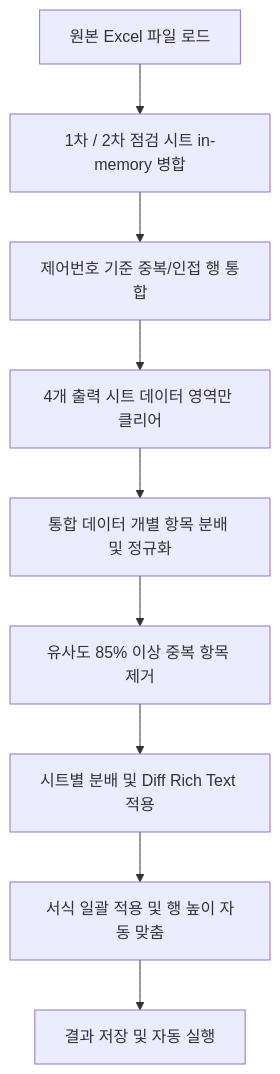
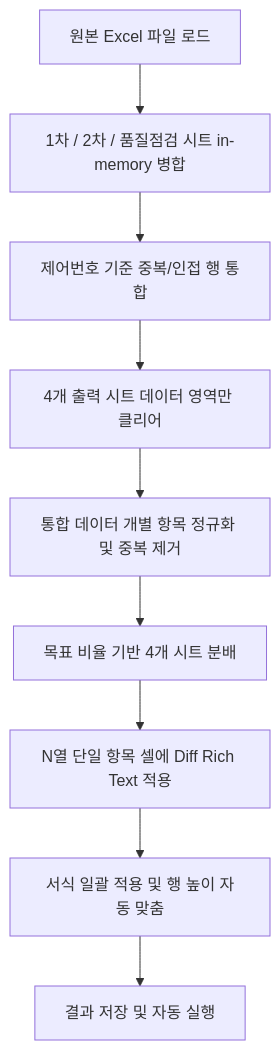
One commit to valborgs/el-hub changed the diagram in error_list_dist/README.md. Above: the diagram before and after it, drawn with Mermaid. The commit also changed other lines of this file and 9 other files, not shown here.

````diff
--- a/error_list_dist/README.md
+++ b/error_list_dist/README.md
@@ -30,11 +32,11 @@
 ```mermaid
 flowchart TD
-    A[원본 Excel 파일 로드] --> B[1차 / 2차 점검 시트 in-memory 병합]
+    A[원본 Excel 파일 로드] --> B[1차 / 2차 / 품질점검 시트 in-memory 병합]
     B --> C[제어번호 기준 중복/인접 행 통합]
     C --> D[4개 출력 시트 데이터 영역만 클리어]
-    D --> E[통합 데이터 개별 항목 분배 및 정규화]
-    E --> F[유사도 85% 이상 중복 항목 제거]
-    F --> G[시트별 분배 및 Diff Rich Text 적용]
+    D --> E[통합 데이터 개별 항목 정규화 및 중복 제거]
+    E --> F[목표 비율 기반 4개 시트 분배]
+    F --> G[N열 단일 항목 셀에 Diff Rich Text 적용]
     G --> H[서식 일괄 적용 및 행 높이 자동 맞춤]
     H --> I[결과 저장 및 자동 실행]
 ```
````
